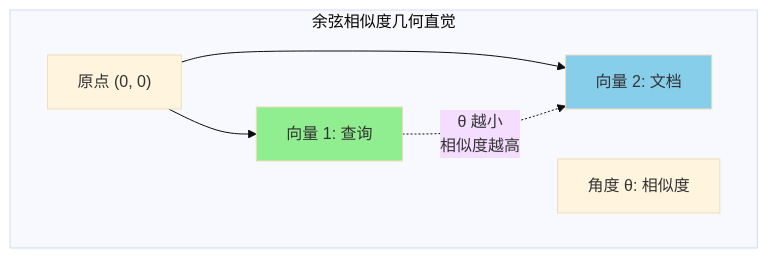
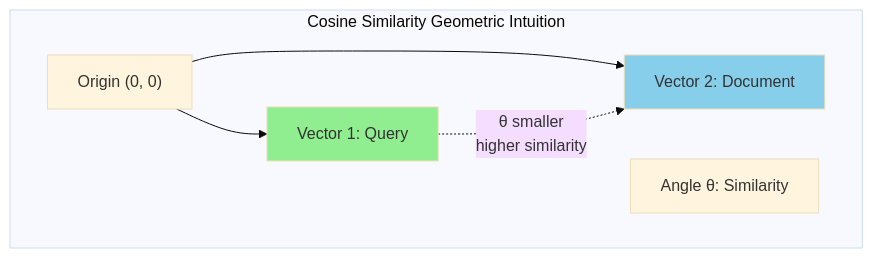
Before and after one commit to YiWang24/AiDIY: the eighth of 15 diagrams in docs/ai/rag/01-introduction.mdx, drawn with Mermaid (base theme). The commit also changed other lines of this file and 10 other files, not shown here.

First line of the commit message:
docs: enhance RAG documentation and fix Mermaid diagrams

````diff
--- a/docs/ai/rag/01-introduction.mdx
+++ b/docs/ai/rag/01-introduction.mdx
@@ -583,17 +583,17 @@
 ```mermaid
 flowchart TB
-    subgraph CosineDiagram["余弦相似度几何直觉"]
-        A["原点 (0, 0)"]
-        B["向量 1: 查询"]
-        C["向量 2: 文档"]
-        D["角度 θ: 相似度"]
+    subgraph CosineDiagram["Cosine Similarity Geometric Intuition"]
+        A["Origin (0, 0)"]
+        B["Vector 1: Query"]
+        C["Vector 2: Document"]
+        D["Angle θ: Similarity"]
 
         A --> B
         A --> C
 
-        B -.->|"θ 越小<br/>相似度越高"| C
+        B -.->|"θ smaller<br/>higher similarity"| C
     end
 
     style B fill:#90EE90
     style C fill:#87CEEB
 ```
````
